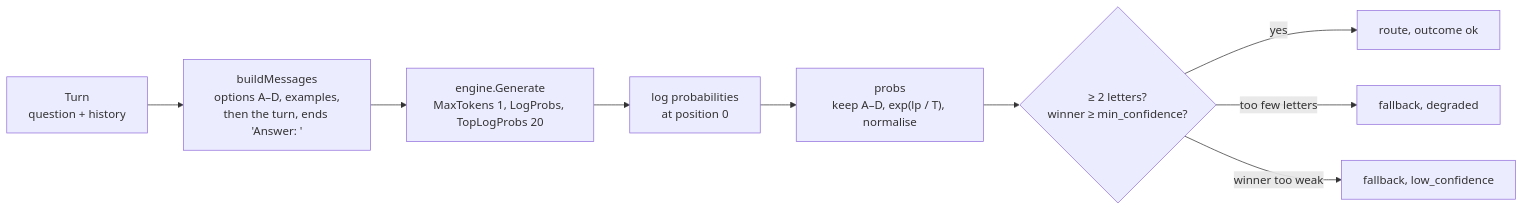
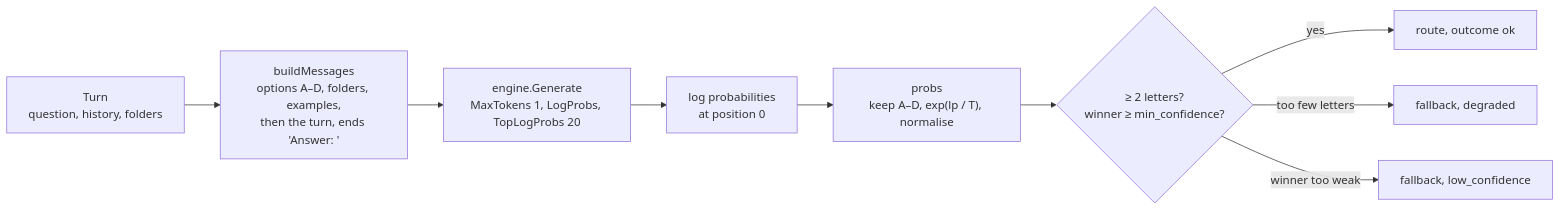
The diagram in docs/coding-notes/router.md (aarora79/meru), drawn with Mermaid before and after one commit. The commit also changed other lines of this file and 21 other files, not shown here.

````diff
--- a/docs/coding-notes/router.md
+++ b/docs/coding-notes/router.md
@@ -21,11 +21,11 @@
 ```mermaid
 flowchart LR
-    T["Turn<br/>question + history"] --> P["buildMessages<br/>options A–D, examples,<br/>then the turn, ends 'Answer: '"]
+    T["Turn<br/>question, history, folders"] --> P["buildMessages<br/>options A–D, folders, examples,<br/>then the turn, ends 'Answer: '"]
     P --> G["engine.Generate<br/>MaxTokens 1, LogProbs, TopLogProbs 20"]
     G --> L["log probabilities<br/>at position 0"]
     L --> F["probs<br/>keep A–D, exp(lp / T), normalise"]
     F --> C{"≥ 2 letters?<br/>winner ≥ min_confidence?"}
     C -- yes --> R["route, outcome ok"]
     C -- "too few letters" --> D["fallback, degraded"]
     C -- "winner too weak" --> W["fallback, low_confidence"]
 ```
````
